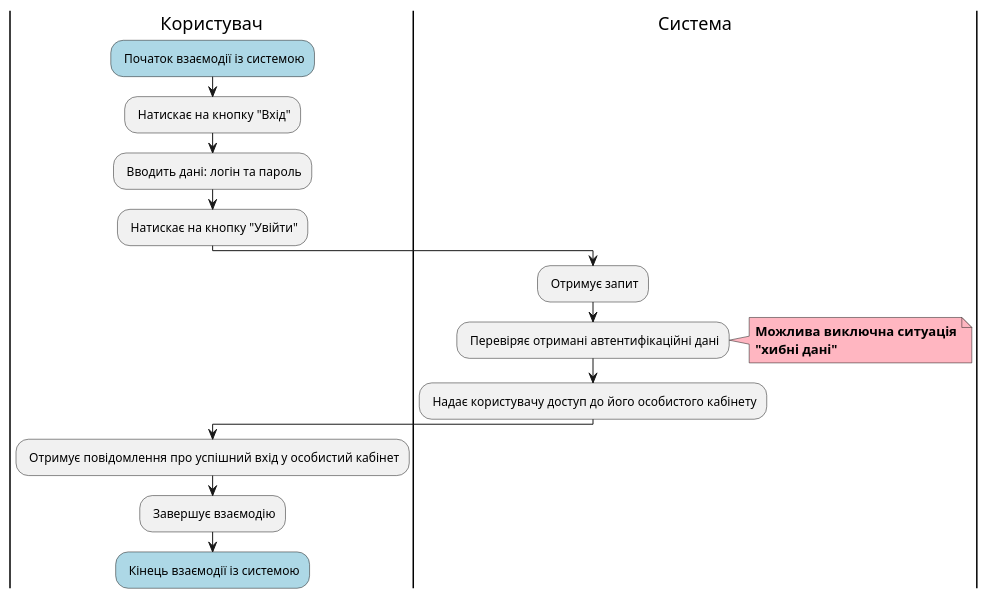
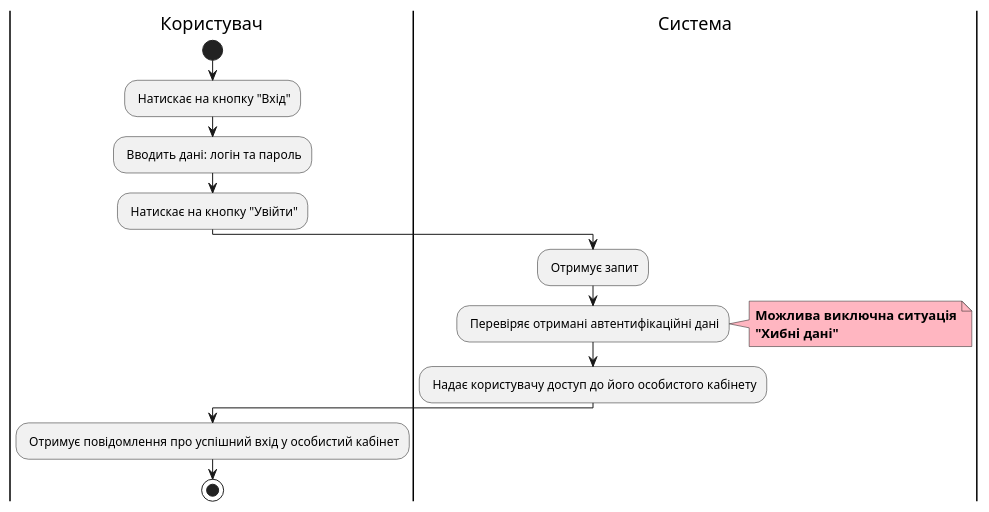
One commit to kujo205/db_labs changed the sixth of 12 diagrams in docs/use cases/README.md. Above: the diagram before and after it, drawn with PlantUML. The commit also changed other lines of this file, not shown here.

```diff
--- a/docs/use cases/README.md
+++ b/docs/use cases/README.md
@@ -212,24 +210,23 @@
 @startuml
 
   |Користувач|
-  #lightblue : Початок взаємодії із системою; 
+  start
   : Натискає на кнопку "Вхід";
   : Вводить дані: логін та пароль;
   : Натискає на кнопку "Увійти";
 
 
   |Система|
   : Отримує запит;
   : Перевіряє отримані автентифікаційні дані;
     note right #lightpink
       <b>Можлива виключна ситуація</b>
-      <b>"хибні дані"</b>
+      <b>"Хибні дані"</b>
     end note
   : Надає користувачу доступ до його особистого кабінету;
 
   |Користувач|
   : Отримує повідомлення про успішний вхід у особистий кабінет;
-  : Завершує взаємодію;
-  #lightblue : Кінець взаємодії із системою;
+  stop
 
 @enduml
```
